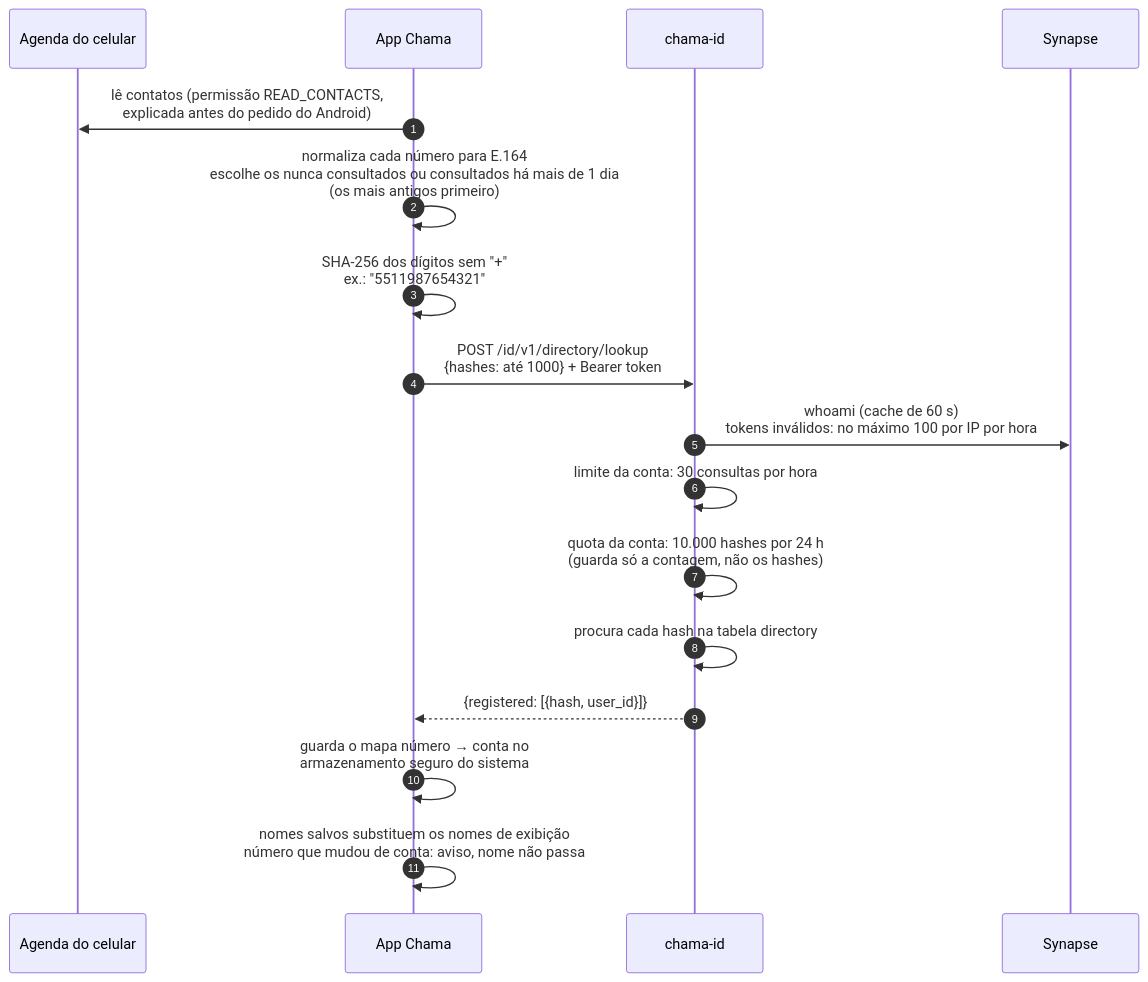
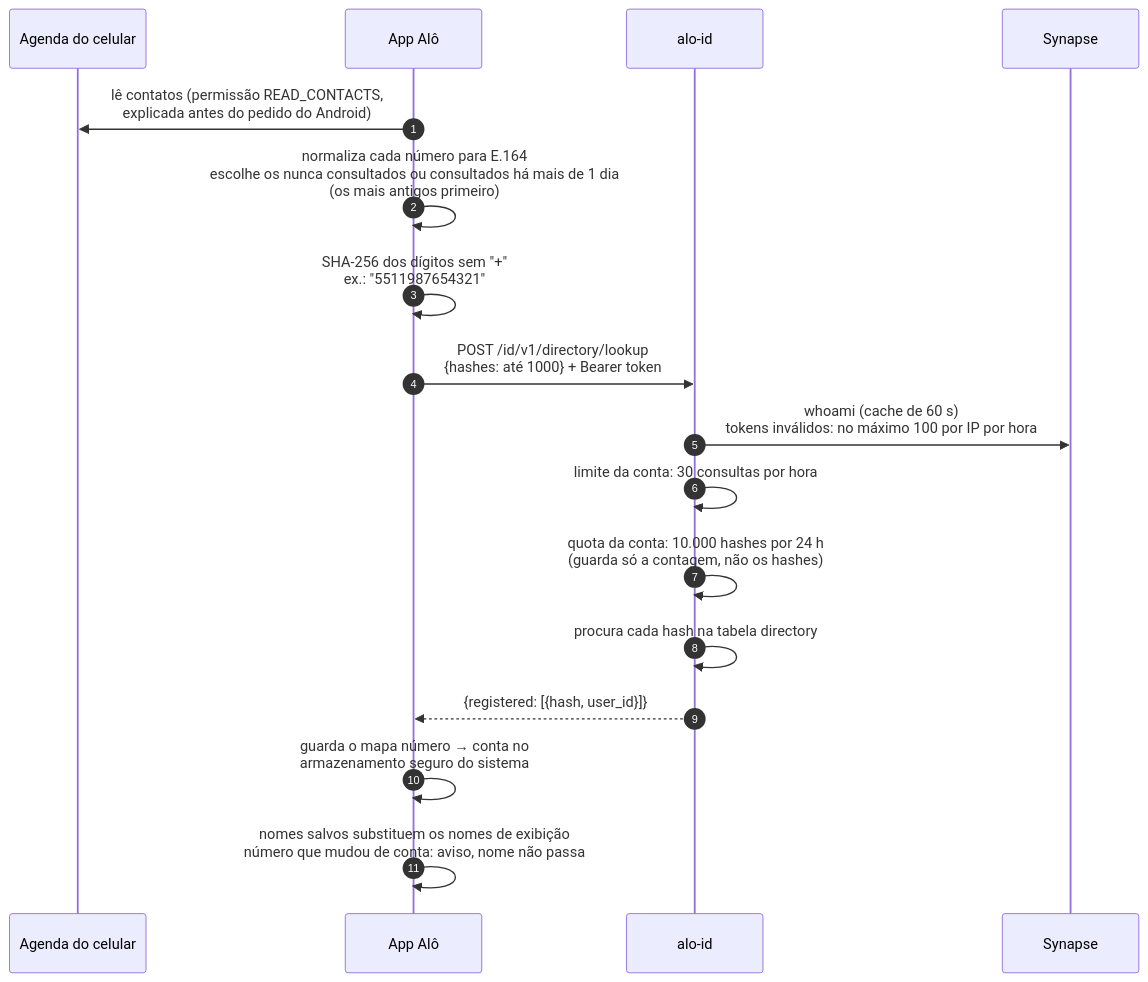
Before and after one commit to kaiomp/alo: the fifth of 8 diagrams in docs/design/2026-10-24-architecture.md, drawn with Mermaid. The commit also changed other lines of this file and 153 other files, not shown here.

First line of the commit message:
Rename chama to alo across code, packages, server and docs

````diff
--- a/docs/design/2026-10-24-architecture.md
+++ b/docs/design/2026-10-24-architecture.md
@@ -498,20 +498,20 @@
 ```mermaid
 sequenceDiagram
     autonumber
     participant Agenda as Agenda do celular
-    participant App as App Chama
-    participant ID as chama-id
+    participant App as App Alô
+    participant ID as alo-id
     participant S as Synapse
 
     App->>Agenda: lê contatos (permissão READ_CONTACTS,<br/>explicada antes do pedido do Android)
     App->>App: normaliza cada número para E.164<br/>escolhe os nunca consultados ou consultados há mais de 1 dia<br/>(os mais antigos primeiro)
     App->>App: SHA-256 dos dígitos sem "+"<br/>ex.: "5511987654321"
     App->>ID: POST /id/v1/directory/lookup<br/>{hashes: até 1000} + Bearer token
     ID->>S: whoami (cache de 60 s)<br/>tokens inválidos: no máximo 100 por IP por hora
     ID->>ID: limite da conta: 30 consultas por hora
     ID->>ID: quota da conta: 10.000 hashes por 24 h<br/>(guarda só a contagem, não os hashes)
     ID->>ID: procura cada hash na tabela directory
     ID-->>App: {registered: [{hash, user_id}]}
     App->>App: guarda o mapa número → conta no<br/>armazenamento seguro do sistema
     App->>App: nomes salvos substituem os nomes de exibição<br/>número que mudou de conta: aviso, nome não passa
 ```
````
